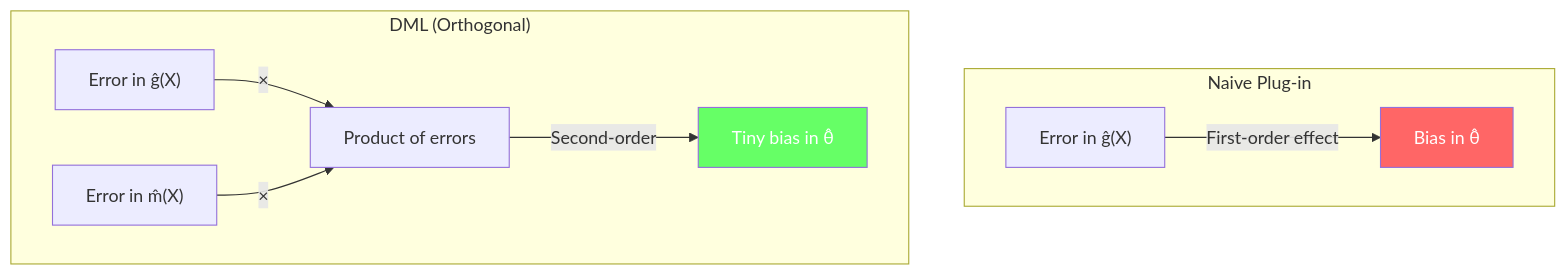
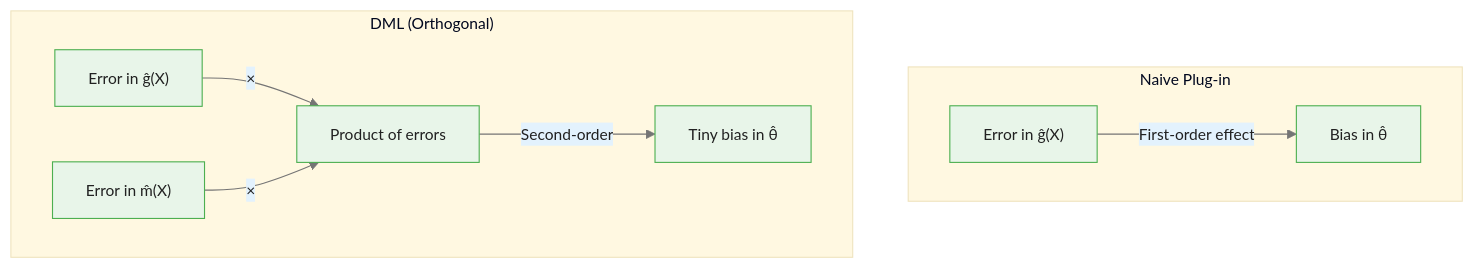
Before and after one commit to m-deane/course-creator: the first of 2 diagrams in courses/double-machine-learning/modules/module_03_neyman_orthogonal_scores/guides/01_neyman_orthogonal_scores_slides.md, drawn with Mermaid. The commit also changed other lines of this file and 40 other files, not shown here.

````diff
--- a/courses/double-machine-learning/modules/module_03_neyman_orthogonal_scores/guides/01_neyman_orthogonal_scores_slides.md
+++ b/courses/double-machine-learning/modules/module_03_neyman_orthogonal_scores/guides/01_neyman_orthogonal_scores_slides.md
@@ -66,13 +70,12 @@
 ```mermaid
+%%{init: {"theme": "base", "themeVariables": {"primaryColor": "#e8f5e9", "primaryBorderColor": "#4caf50", "primaryTextColor": "#212121", "secondaryColor": "#e3f2fd", "tertiaryColor": "#fff8e1", "lineColor": "#757575", "fontFamily": "Inter, sans-serif", "fontSize": "14px"}}}%%
 flowchart TD
     subgraph Naive["Naive Plug-in"]
         N1["Error in ĝ(X)"] -->|"First-order effect"| NB["Bias in θ̂"]
     end
     subgraph DML["DML (Orthogonal)"]
         D1["Error in ĝ(X)"] -->|"×"| Product["Product of errors"]
         D2["Error in m̂(X)"] -->|"×"| Product
         Product -->|"Second-order"| DB["Tiny bias in θ̂"]
     end
-    style NB fill:#f66,color:#fff
-    style DB fill:#6f6,color:#fff
 ```
````
